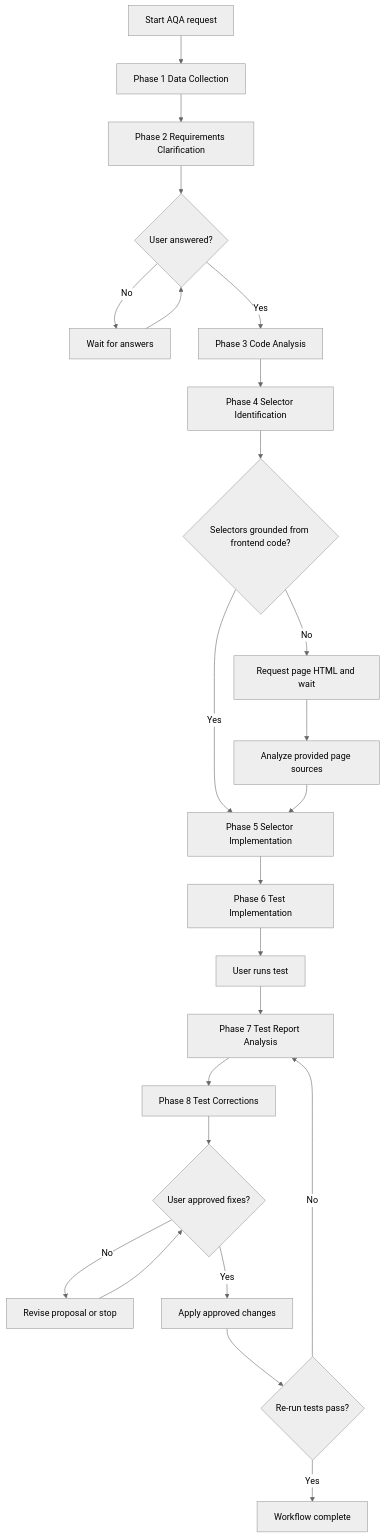
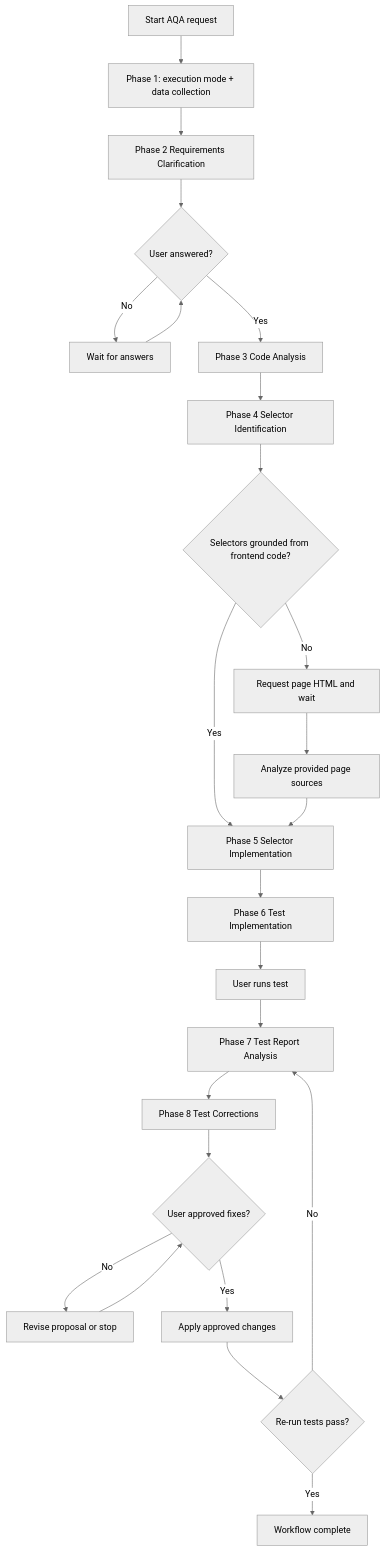
The first of 2 diagrams in docs/web/docs/aqa-flow.md (griddynamics/rosetta), drawn with Mermaid (neutral theme) before and after one commit. The commit also changed other lines of this file and 21 other files, not shown here.

````diff
--- a/docs/web/docs/aqa-flow.md
+++ b/docs/web/docs/aqa-flow.md
@@ -94,27 +114,27 @@
 ```mermaid
 flowchart TD
 
-    A[Start AQA request]:::start --> B[Phase 1 Data Collection]:::phase
+    A[Start AQA request]:::start --> B[Phase 1: execution mode + data collection]:::phase
     B --> C[Phase 2 Requirements Clarification]:::phase
     C --> C1{User answered?}:::hitl
     C1 -- No --> C2[Wait for answers]:::action
     C2 --> C1
     C1 -- Yes --> D[Phase 3 Code Analysis]:::phase
     D --> E[Phase 4 Selector Identification]:::phase
     E --> E1{Selectors grounded from frontend code?}:::hitl
     E1 -- Yes --> F[Phase 5 Selector Implementation]:::phase
     E1 -- No --> E2[Request page HTML and wait]:::action
     E2 --> E3[Analyze provided page sources]:::phase
     E3 --> F
     F --> G[Phase 6 Test Implementation]:::phase
     G --> G1[User runs test]:::action
     G1 --> H[Phase 7 Test Report Analysis]:::phase
     H --> I[Phase 8 Test Corrections]:::phase
     I --> I1{User approved fixes?}:::hitl
     I1 -- No --> I2[Revise proposal or stop]:::action
     I2 --> I1
     I1 -- Yes --> J[Apply approved changes]:::phase
     J --> K{Re-run tests pass?}:::hitl
     K -- Yes --> L[Workflow complete]:::done
     K -- No --> H
 ```
````
